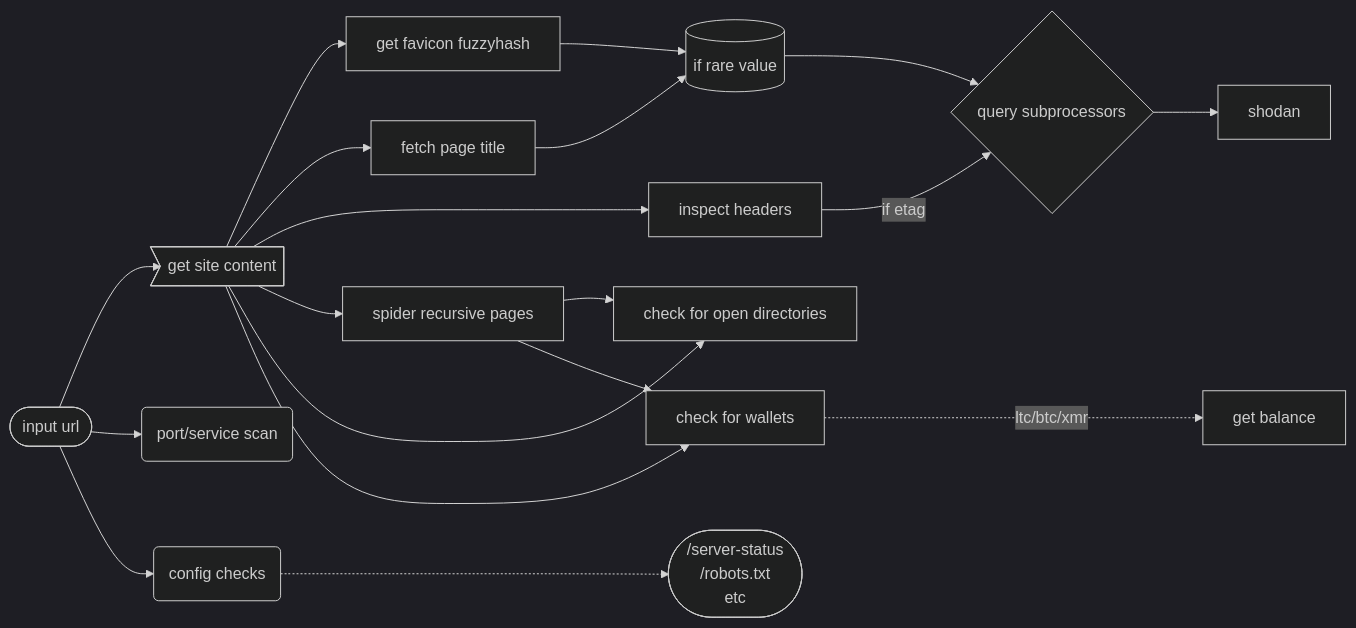
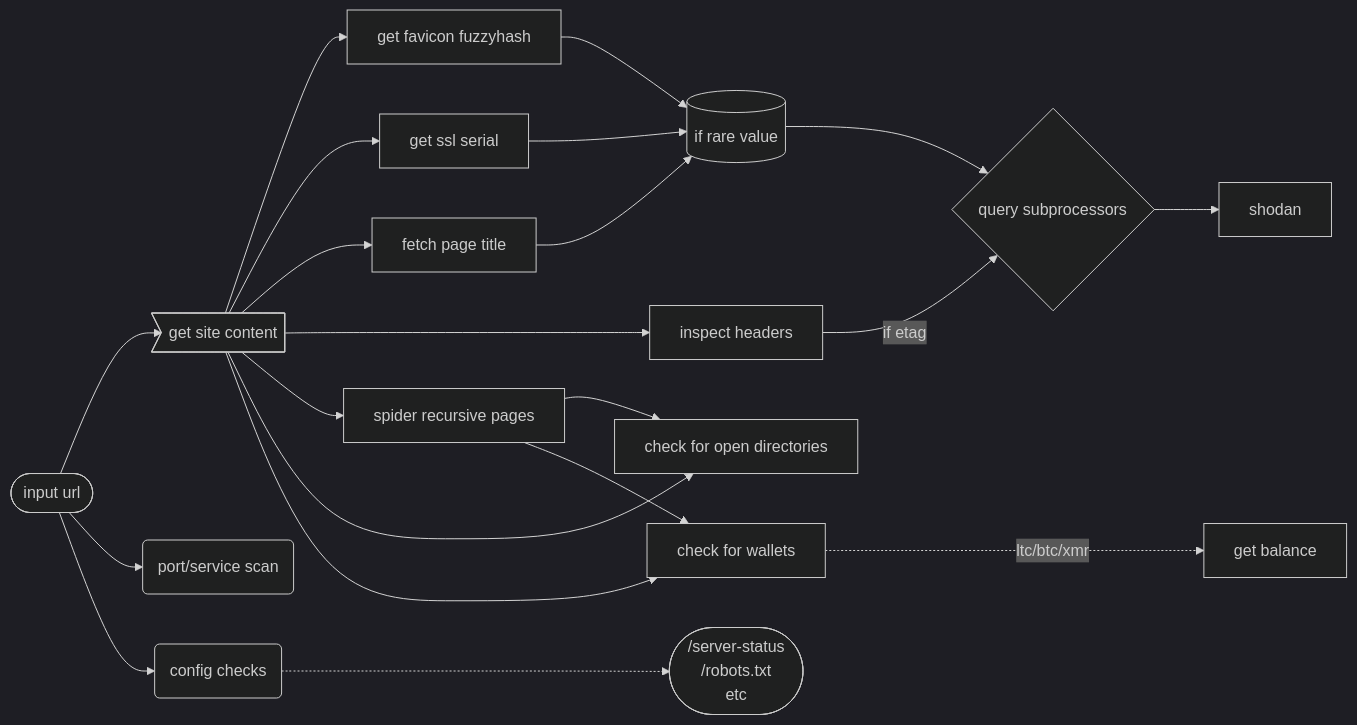
Before and after one commit to joshhighet/bebop: the diagram in README.md, drawn with Mermaid (dark theme). The commit also changed other lines of this file and 1 other file, not shown here.

Commit message:
cert serial docs

````diff
--- a/README.md
+++ b/README.md
@@ -11,26 +11,28 @@
 ```mermaid
 graph LR
     lookupsaver[(if rare value)]
     opndir[check for open directories]
     cryptoc[check for wallets]
     getbal[get balance]
     checks([/server-status\n/robots.txt\netc])
     anchor([input url]) -->mainget>get site content]
     anchor --> scan(port/service scan)
     anchor --> checker(config checks)
     checker -..-> checks
     mainget --> favicon[get favicon fuzzyhash]
+    mainget --> sslserial[get ssl serial]
+    sslserial --> lookupsaver
     favicon --> lookupsaver
     mainget --> title[fetch page title]
     title --> lookupsaver
     mainget --> headers[inspect headers]
     headers --> |if etag|lookup
     lookupsaver --> lookup{query subprocessors}
     mainget --> spider[spider recursive pages]
     mainget --> opndir
     spider --> opndir
     mainget --> cryptoc
     spider --> cryptoc
     cryptoc -..-> |ltc/btc/xmr| getbal
     lookup --> shodan
 ```
````
